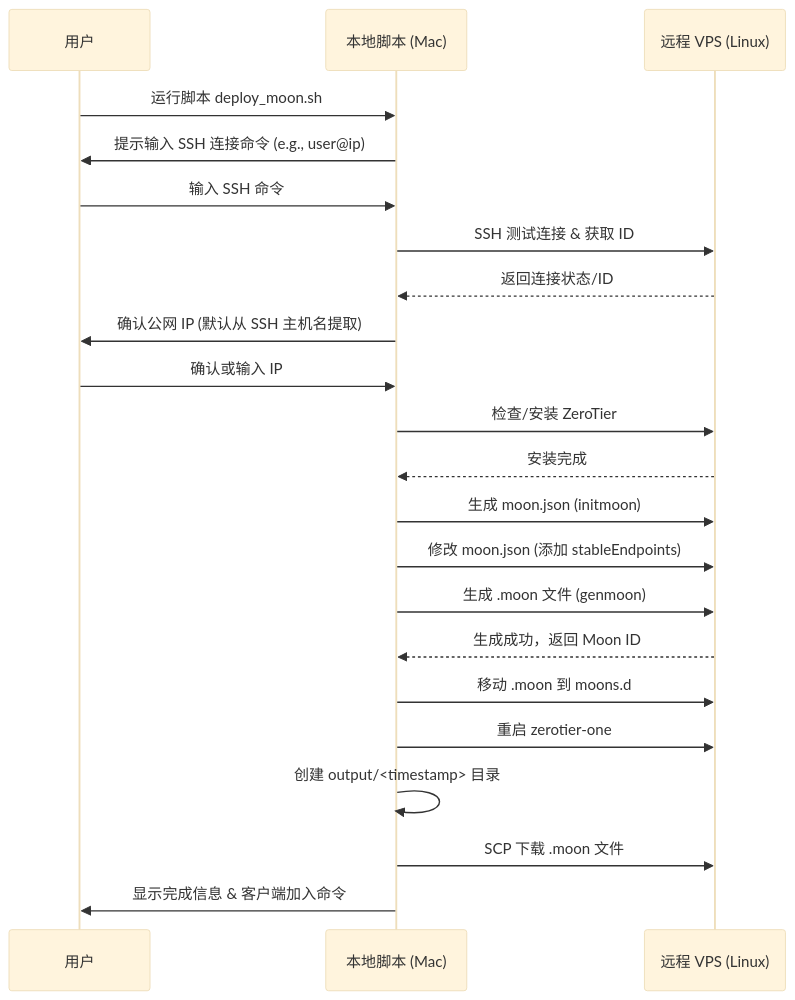
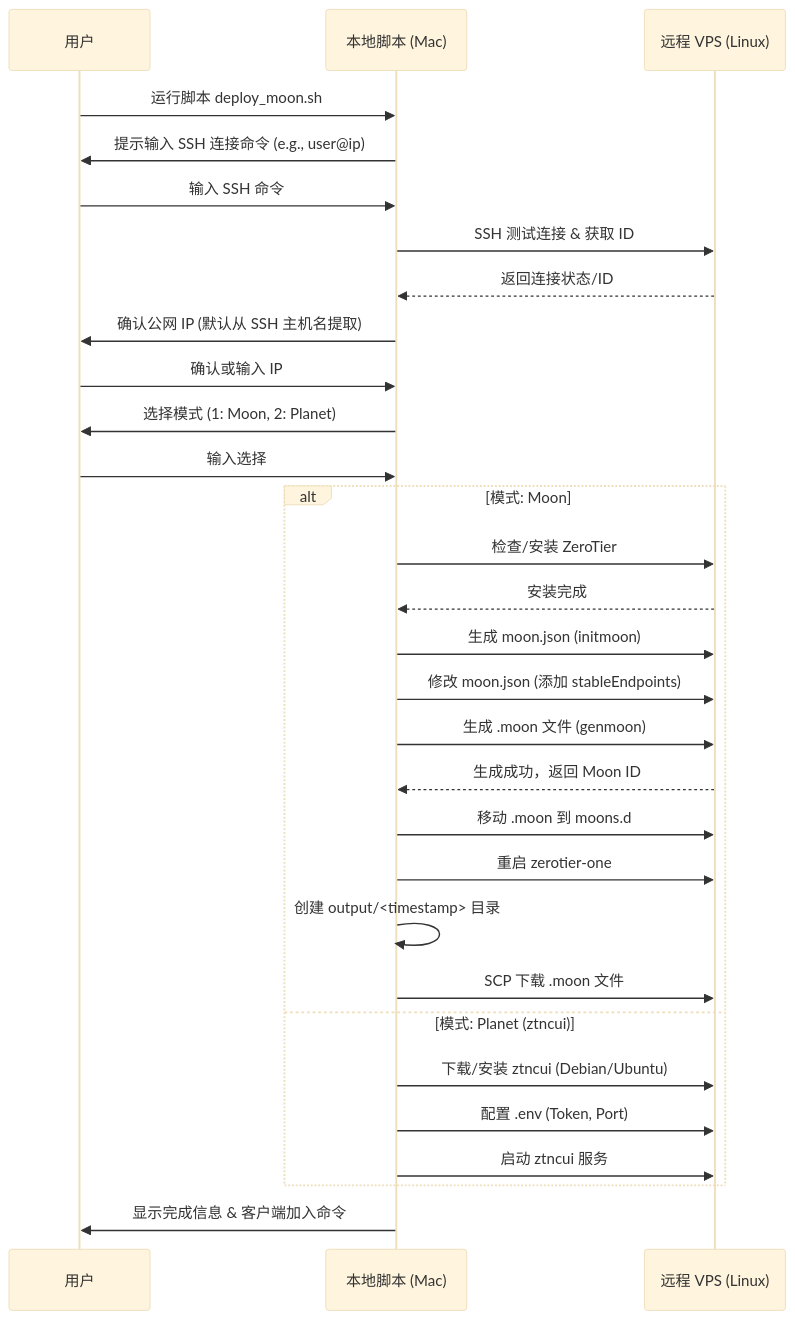
One commit to yjiefl/antigravity changed the diagram in zerotier moon/spec.md. Above: the diagram before and after it, drawn with Mermaid (base theme). The commit also changed other lines of this file and 4 other files, not shown here.

Commit message:
feat: Add Planet (ztncui) deployment support structure

````diff
--- a/zerotier moon/spec.md
+++ b/zerotier moon/spec.md
@@ -36,31 +39,40 @@
 ```mermaid
 sequenceDiagram
     participant User as 用户
     participant Local as 本地脚本 (Mac)
     participant Remote as 远程 VPS (Linux)
 
     User->>Local: 运行脚本 deploy_moon.sh
     Local->>User: 提示输入 SSH 连接命令 (e.g., user@ip)
     User->>Local: 输入 SSH 命令
     Local->>Remote: SSH 测试连接 & 获取 ID
     Remote-->>Local: 返回连接状态/ID
     
     Local->>User: 确认公网 IP (默认从 SSH 主机名提取)
     User->>Local: 确认或输入 IP
     
-    Local->>Remote: 检查/安装 ZeroTier
-    Remote-->>Local: 安装完成
-    
-    Local->>Remote: 生成 moon.json (initmoon)
-    Local->>Remote: 修改 moon.json (添加 stableEndpoints)
-    Local->>Remote: 生成 .moon 文件 (genmoon)
-    Remote-->>Local: 生成成功，返回 Moon ID
-    
-    Local->>Remote: 移动 .moon 到 moons.d
-    Local->>Remote: 重启 zerotier-one
-    
-    Local->>Local: 创建 output/<timestamp> 目录
-    Local->>Remote: SCP 下载 .moon 文件
+    Local->>User: 选择模式 (1: Moon, 2: Planet)
+    User->>Local: 输入选择
+
+    alt 模式: Moon
+        Local->>Remote: 检查/安装 ZeroTier
+        Remote-->>Local: 安装完成
+        
+        Local->>Remote: 生成 moon.json (initmoon)
+        Local->>Remote: 修改 moon.json (添加 stableEndpoints)
+        Local->>Remote: 生成 .moon 文件 (genmoon)
+        Remote-->>Local: 生成成功，返回 Moon ID
+        
+        Local->>Remote: 移动 .moon 到 moons.d
+        Local->>Remote: 重启 zerotier-one
+        
+        Local->>Local: 创建 output/<timestamp> 目录
+        Local->>Remote: SCP 下载 .moon 文件
+    else 模式: Planet (ztncui)
+        Local->>Remote: 下载/安装 ztncui (Debian/Ubuntu)
+        Local->>Remote: 配置 .env (Token, Port)
+        Local->>Remote: 启动 ztncui 服务
+    end
     
     Local->>User: 显示完成信息 & 客户端加入命令
 ```
````
